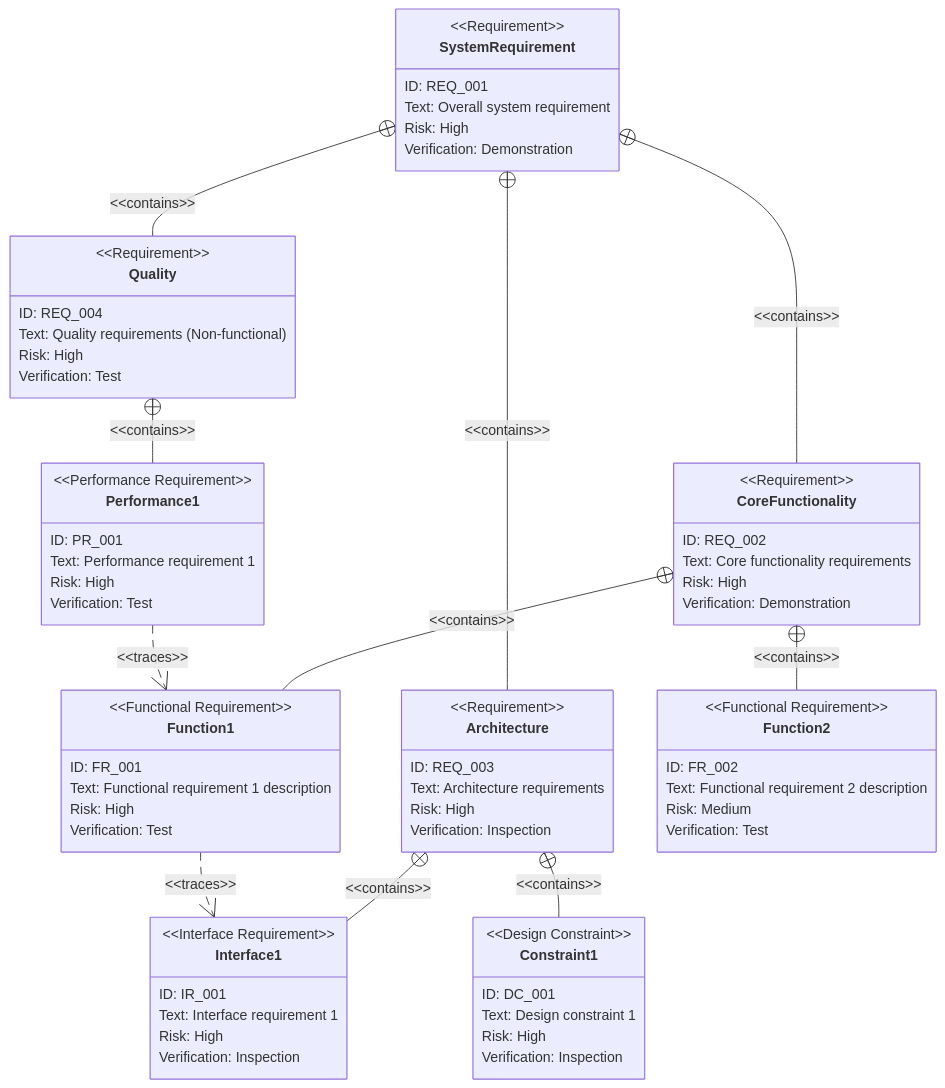
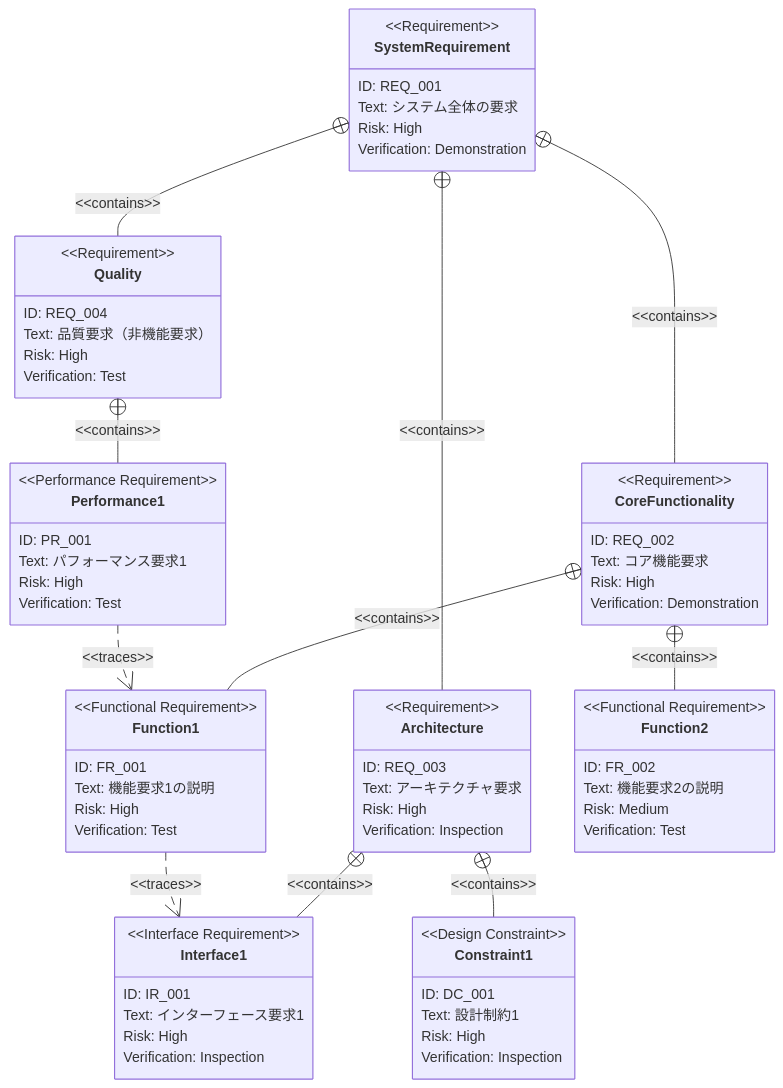
The third of 4 diagrams in .sdd/PRD_TEMPLATE.md (ToshikiImagawa/Buruma), drawn with Mermaid before and after one commit. The commit also changed other lines of this file and 3 other files, not shown here.

````diff
--- a/.sdd/PRD_TEMPLATE.md
+++ b/.sdd/PRD_TEMPLATE.md
@@ -137,76 +137,76 @@
 ```mermaid
 requirementDiagram
     requirement SystemRequirement {
         id: REQ_001
-        text: "Overall system requirement"
+        text: "システム全体の要求"
         risk: high
         verifymethod: demonstration
     }
 
     requirement CoreFunctionality {
         id: REQ_002
-        text: "Core functionality requirements"
+        text: "コア機能要求"
         risk: high
         verifymethod: demonstration
     }
 
     requirement Architecture {
         id: REQ_003
-        text: "Architecture requirements"
+        text: "アーキテクチャ要求"
         risk: high
         verifymethod: inspection
     }
 
     requirement Quality {
         id: REQ_004
-        text: "Quality requirements (Non-functional)"
+        text: "品質要求（非機能要求）"
         risk: high
         verifymethod: test
     }
 
     functionalRequirement Function1 {
         id: FR_001
-        text: "Functional requirement 1 description"
+        text: "機能要求1の説明"
         risk: high
         verifymethod: test
     }
 
     functionalRequirement Function2 {
         id: FR_002
-        text: "Functional requirement 2 description"
+        text: "機能要求2の説明"
         risk: medium
         verifymethod: test
     }
 
     performanceRequirement Performance1 {
         id: PR_001
-        text: "Performance requirement 1"
+        text: "パフォーマンス要求1"
         risk: high
         verifymethod: test
     }
 
     interfaceRequirement Interface1 {
         id: IR_001
-        text: "Interface requirement 1"
+        text: "インターフェース要求1"
         risk: high
         verifymethod: inspection
     }
 
     designConstraint Constraint1 {
         id: DC_001
-        text: "Design constraint 1"
+        text: "設計制約1"
         risk: high
         verifymethod: inspection
     }
 
     SystemRequirement - contains -> CoreFunctionality
     SystemRequirement - contains -> Architecture
     SystemRequirement - contains -> Quality
     CoreFunctionality - contains -> Function1
     CoreFunctionality - contains -> Function2
     Quality - contains -> Performance1
     Architecture - contains -> Interface1
     Architecture - contains -> Constraint1
     Function1 - traces -> Interface1
     Performance1 - traces -> Function1
 ```
````
